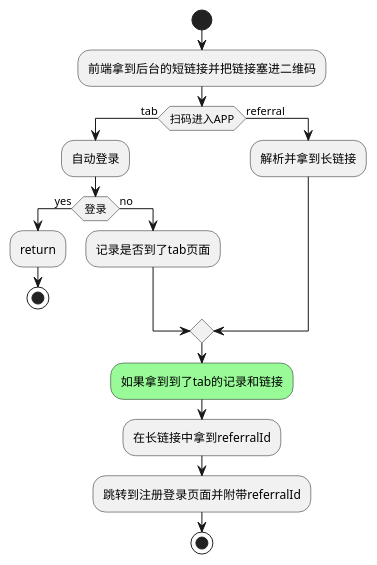
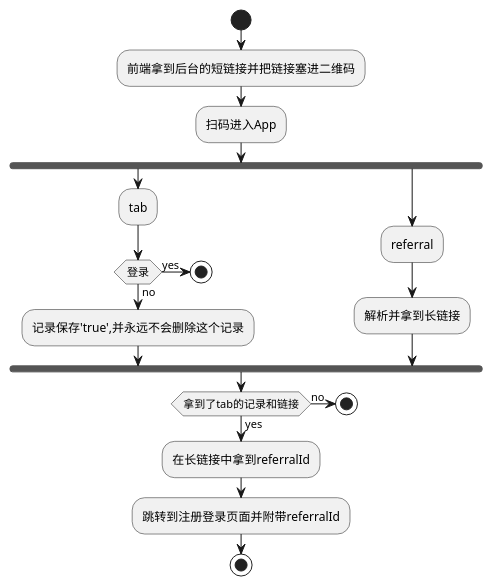
The diagram in referral/referral.puml (hezhengjian/liuchengtu), drawn with PlantUML before and after one commit. The commit also changed 1 other file, not shown here.

Commit message:
referral 修改

```diff
--- a/referral/referral.puml
+++ b/referral/referral.puml
@@ -1,21 +1,23 @@
-@startuml
+@startuml referral
 
 start
 :前端拿到后台的短链接并把链接塞进二维码;
-if (扫码进入APP) then (tab)
-  :自动登录;
+:扫码进入App;
+fork
+  :tab;
   if(登录) then (yes)
-  :return;
+    stop
+  else (no)
+    :记录保存'true',并永远不会删除这个记录;
+  endif
+fork again
+  :referral;
+  :解析并拿到长链接;
+end fork
+if(拿到了tab的记录和链接) then (yes)
+  :在长链接中拿到referralId;
+  :跳转到注册登录页面并附带referralId;
   stop
-  else (no) 
-  :记录是否到了tab页面;
-  endif
-else (referral)
-  :解析并拿到长链接;
-endif
-  #palegreen:如果拿到到了tab的记录和链接;
-:在长链接中拿到referralId;
-:跳转到注册登录页面并附带referralId;
-stop
-
-@enduml
+else (no)  
+  stop
+  @enduml
```
